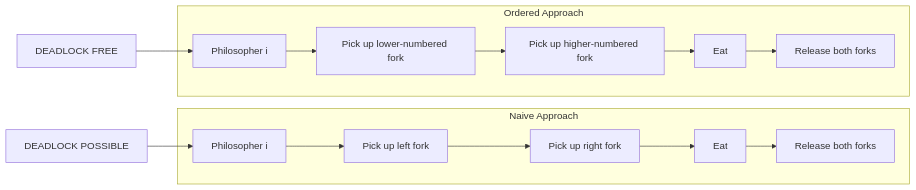
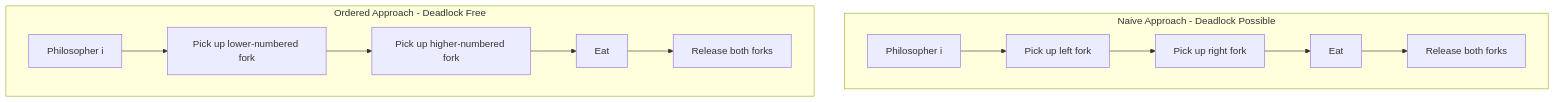
Before and after one commit to rajat17-tech/OS-lab: the third of 6 diagrams in README.md, drawn with Mermaid. The commit also changed other lines of this file, not shown here.

````diff
--- a/README.md
+++ b/README.md
@@ -123,19 +188,16 @@
 ```mermaid
-flowchart LR
-    subgraph Naive Approach
+flowchart TB
+    subgraph NaiveApproach [Naive Approach - Deadlock Possible]
         A[Philosopher i] --> B[Pick up left fork]
         B --> C[Pick up right fork]
         C --> D[Eat]
         D --> E[Release both forks]
     end
     
-    subgraph Ordered Approach
+    subgraph OrderedApproach [Ordered Approach - Deadlock Free]
         F[Philosopher i] --> G[Pick up lower-numbered fork]
         G --> H[Pick up higher-numbered fork]
         H --> I[Eat]
         I --> J[Release both forks]
     end
-    
-    K[DEADLOCK POSSIBLE] --> A
-    L[DEADLOCK FREE] --> F
 ```
````
